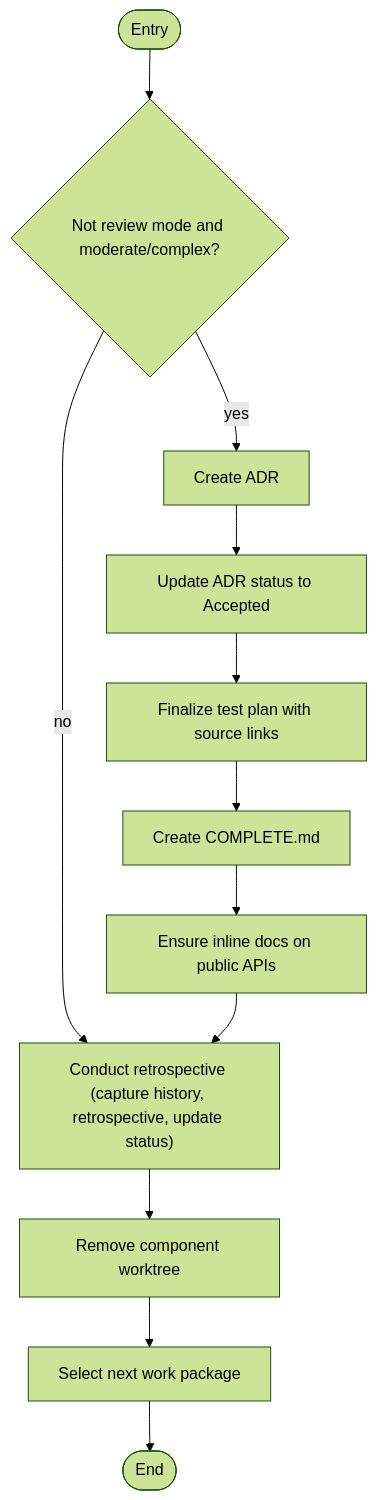
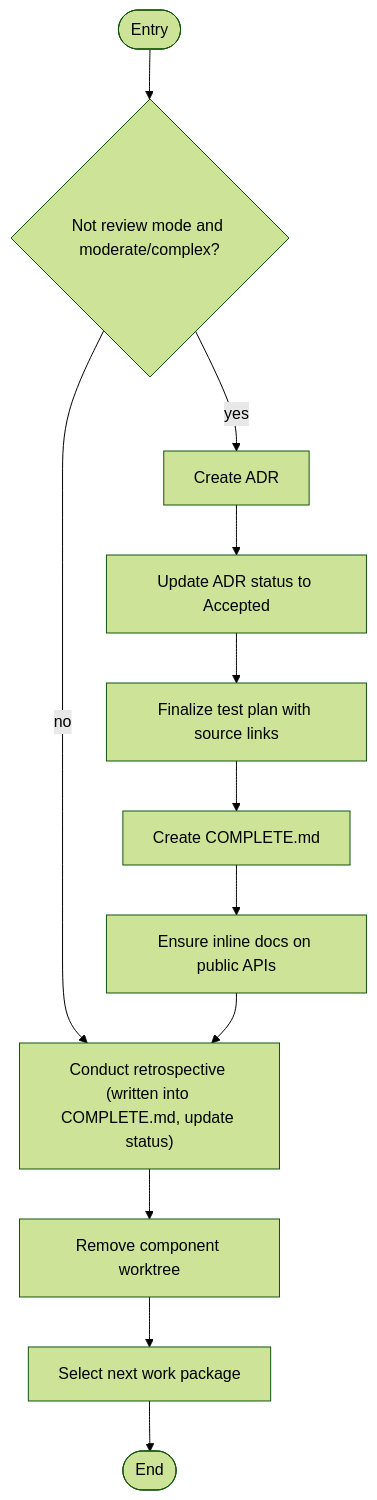
Before and after one commit to m2ux/workflow-server: diagram 15 of 15 in work-package/activities/README.md, drawn with Mermaid (forest theme). The commit also changed other lines of this file and 8 other files, not shown here.

````diff
--- a/work-package/activities/README.md
+++ b/work-package/activities/README.md
@@ -446,15 +446,15 @@
 ```mermaid
 graph TD
     entryNode(["Entry"]) --> checkADR{"Not review mode and moderate/complex?"}
     checkADR -->|"yes"| createADR["Create ADR"]
     createADR --> updateADR["Update ADR status to Accepted"]
     updateADR --> finalizeTestPlan
     checkADR -->|"no"| retrospective
 
     finalizeTestPlan["Finalize test plan with source links"] --> createComplete["Create COMPLETE.md"]
     createComplete --> ensureDocs["Ensure inline docs on public APIs"]
-    ensureDocs --> retrospective["Conduct retrospective (capture history, retrospective, update status)"]
+    ensureDocs --> retrospective["Conduct retrospective (written into COMPLETE.md, update status)"]
     retrospective --> removeWorktree["Remove component worktree"]
     removeWorktree --> selectNext["Select next work package"]
     selectNext --> doneNode(["End"])
 ```
````
